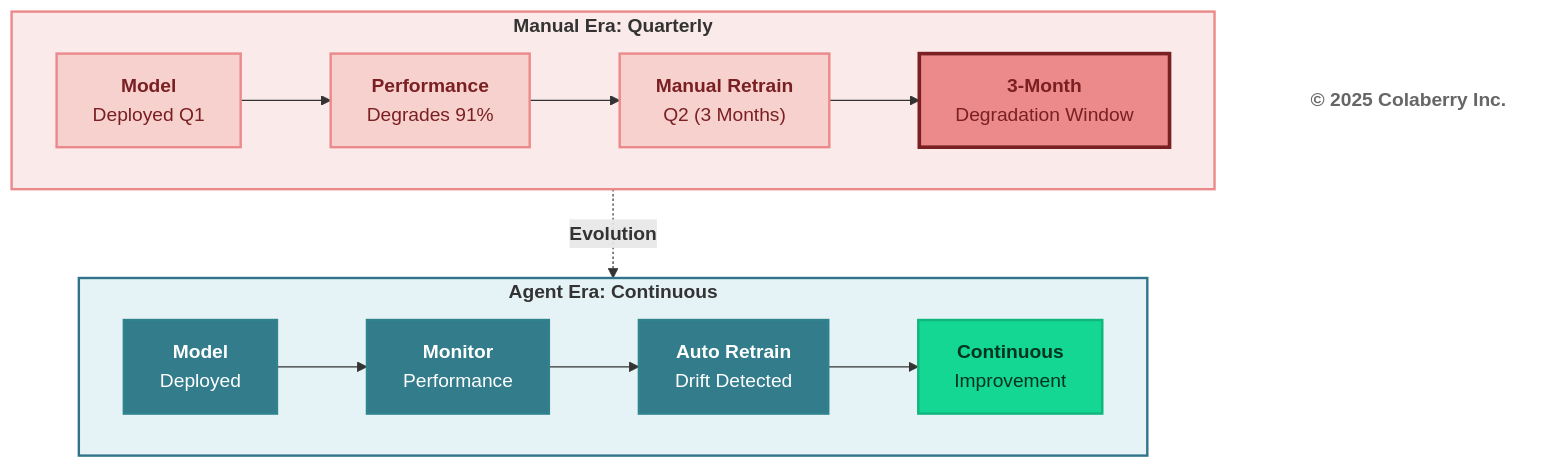
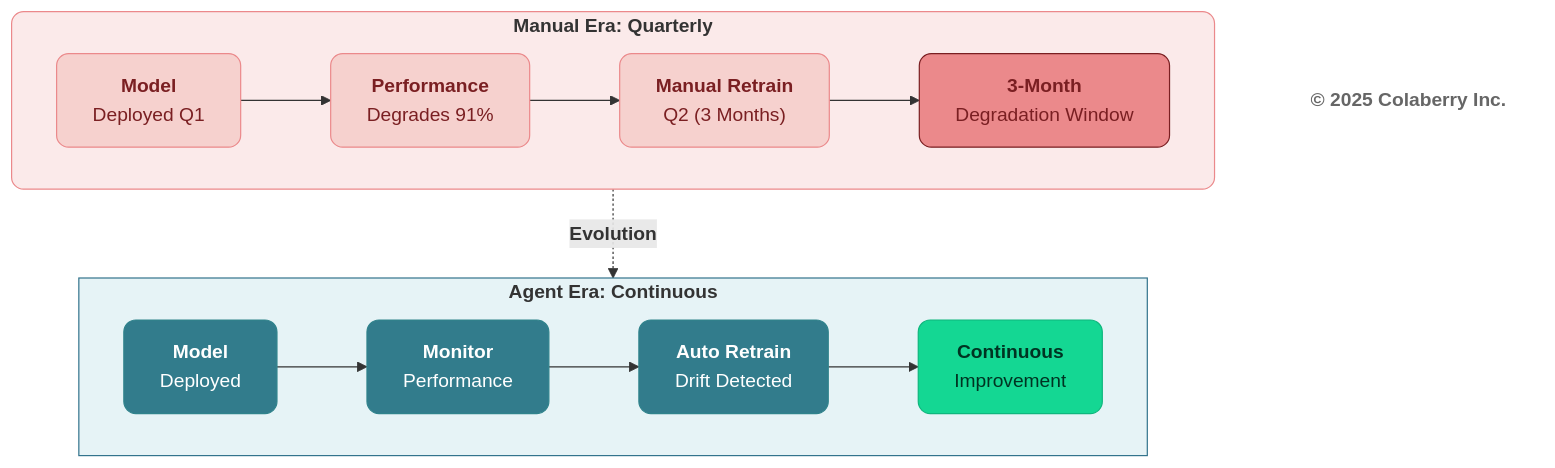
Before and after one commit to colaberry/trust-before-intelligence-book: the tenth of 12 diagrams in manuscript/03_chapter_2_inpact_framework.md, drawn with Mermaid. The commit also changed other lines of this file and 12 other files, not shown here.

````diff
--- a/manuscript/03_chapter_2_inpact_framework.md
+++ b/manuscript/03_chapter_2_inpact_framework.md
@@ -713,41 +713,41 @@
 ```mermaid
 graph TB
     subgraph ERA1["<b>Manual Era: Quarterly</b>"]
         direction LR
         A1["<b>Model</b><br/>Deployed Q1"]
         B1["<b>Performance</b><br/>Degrades 91%"]
         C1["<b>Manual Retrain</b><br/>Q2 (3 Months)"]
         D1["<b>3-Month</b><br/>Degradation Window"]
         
         A1 --> B1 --> C1 --> D1
     end
 
     ERA1 -.->|<b>Evolution</b>| ERA2
 
     subgraph ERA2["<b>Agent Era: Continuous</b>"]
         direction LR
         A2["<b>Model</b><br/>Deployed"]
         B2["<b>Monitor</b><br/>Performance"]
         C2["<b>Auto Retrain</b><br/>Drift Detected"]
         D2["<b>Continuous</b><br/>Improvement"]
         
         A2 --> B2 --> C2 --> D2
     end
 
-    style ERA1 fill:#FBEAEA,stroke:#EB898B,stroke-width:2px
-    style A1 fill:#F6D1CE,stroke:#EB898B,stroke-width:2px,color:#7A1F22
-    style B1 fill:#F6D1CE,stroke:#EB898B,stroke-width:2px,color:#7A1F22
-    style C1 fill:#F6D1CE,stroke:#EB898B,stroke-width:2px,color:#7A1F22
+    style ERA1 fill:#FBEAEA,stroke:#EB898B,stroke-width:1px,rx:10,ry:10
+    style A1 fill:#F6D1CE,stroke:#EB898B,stroke-width:1px,color:#7A1F22,rx:10,ry:10
+    style B1 fill:#F6D1CE,stroke:#EB898B,stroke-width:1px,color:#7A1F22,rx:10,ry:10
+    style C1 fill:#F6D1CE,stroke:#EB898B,stroke-width:1px,color:#7A1F22,rx:10,ry:10
 
-    style D1 fill:#EB898B,stroke:#7A1F22,stroke-width:3px,color:#7A1F22
+    style D1 fill:#EB898B,stroke:#7A1F22,stroke-width:1px,color:#7A1F22,rx:10,ry:10
 
     %% ---- Agent Era (Solution) ----
-    style ERA2 fill:#E6F3F6,stroke:#32738C,stroke-width:2px
-    style A2 fill:#327C8C,stroke:#30838C,stroke-width:2px,color:#ffffff
-    style B2 fill:#327C8C,stroke:#30838C,stroke-width:2px,color:#ffffff
-    style C2 fill:#327C8C,stroke:#30838C,stroke-width:2px,color:#ffffff
-    style D2 fill:#14D793,stroke:#0FB67D,stroke-width:2px,color:#003322
+    style ERA2 fill:#E6F3F6,stroke:#32738C,stroke-width:1px
+    style A2 fill:#327C8C,stroke:#30838C,stroke-width:1px,color:#ffffff,rx:10,ry:10
+    style B2 fill:#327C8C,stroke:#30838C,stroke-width:1px,color:#ffffff,rx:10,ry:10
+    style C2 fill:#327C8C,stroke:#30838C,stroke-width:1px,color:#ffffff,rx:10,ry:10
+    style D2 fill:#14D793,stroke:#0FB67D,stroke-width:1px,color:#003322,rx:10,ry:10
     
     Copyright["<b>© 2025 Colaberry Inc.</b>"]
-    style Copyright fill:#ffffff,stroke:none,color:#666666
+    style Copyright fill:none,stroke:none,color:#666666
 ```
````
